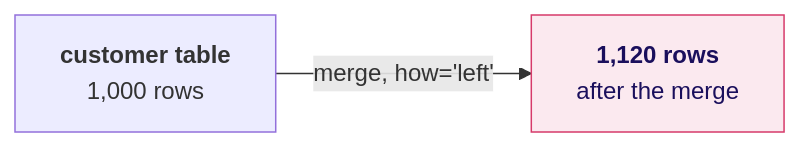
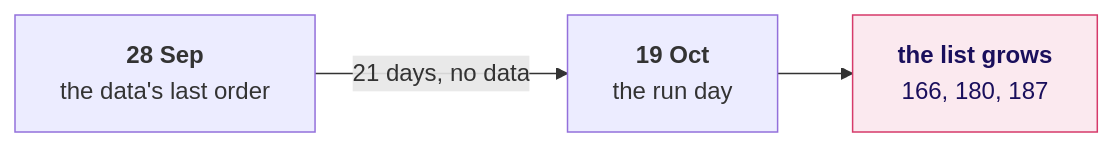
The second of 9 diagrams in content/W02/D4/slides/C2_W02_D04_half2_STUDENT.md (fde-academy-lab/c2-content-factory), drawn with Mermaid before and after one commit. The commit also changed other lines of this file and 9 other files, not shown here.

First line of the commit message:
W02 D4 decks in the notebook's rhythm, the day sheet on the new grid and the Monday-table companion

````diff
--- a/content/W02/D4/slides/C2_W02_D04_half2_STUDENT.md
+++ b/content/W02/D4/slides/C2_W02_D04_half2_STUDENT.md
@@ -118,6 +190,7 @@
 ```mermaid
 flowchart LR
-    A["<b>customer table</b><br/>1,000 rows"] -->|"merge, how='left'"| B["<b>1,120 rows</b><br/>after the merge"]
+    L["<b>28 Sep</b><br/>the data's last order"] -->|21 days, no data| R["<b>19 Oct</b><br/>the run day"]
+    R --> G["<b>the list grows</b><br/>166, 180, 187"]
     classDef bad fill:#FBE9EF,stroke:#D63A6A,color:#1A0F5C
-    class B bad
+    class G bad
 ```
````
